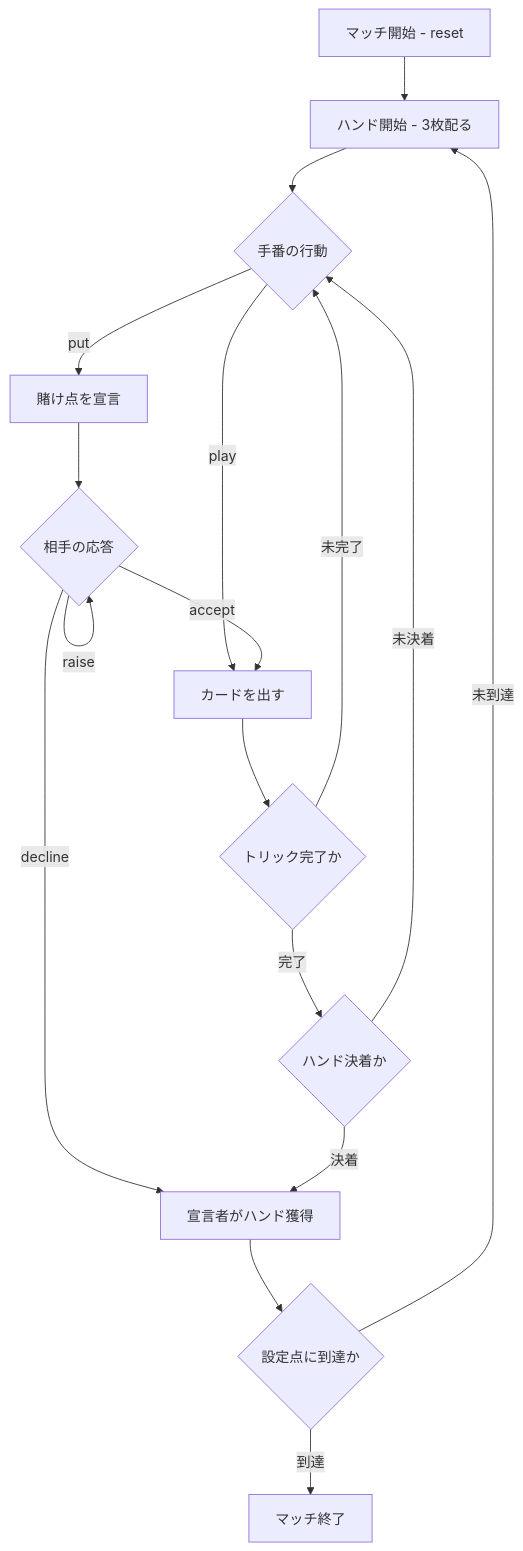
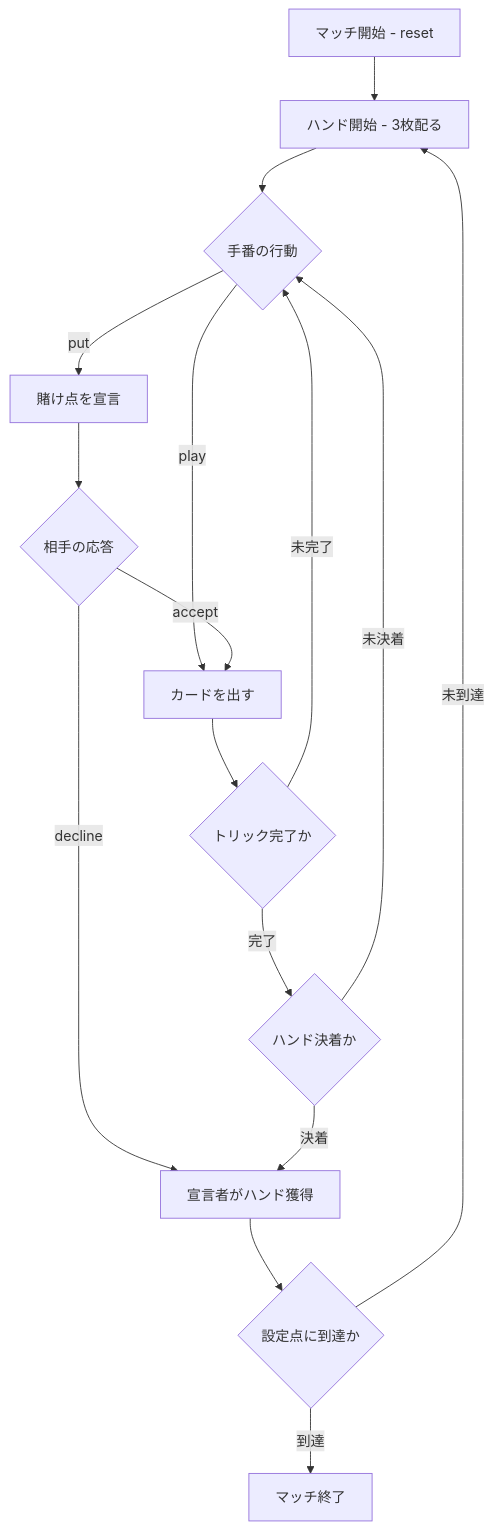
The diagram in docs/manual/cui/put.md (yuta-yoshinaga/go_trumpcards), drawn with Mermaid before and after one commit. The commit also changed other lines of this file and 7 other files, not shown here.

````diff
--- a/docs/manual/cui/put.md
+++ b/docs/manual/cui/put.md
@@ -53,19 +53,18 @@
 ```mermaid
 flowchart TD
     A[マッチ開始 - reset] --> B[ハンド開始 - 3枚配る]
     B --> C{手番の行動}
     C -->|play| D[カードを出す]
     C -->|put| E[賭け点を宣言]
     E --> F{相手の応答}
     F -->|accept| D
     F -->|decline| H[宣言者がハンド獲得]
-    F -->|raise| F
     D --> G{トリック完了か}
     G -->|未完了| C
     G -->|完了| I{ハンド決着か}
     I -->|未決着| C
     I -->|決着| H
     H --> J{設定点に到達か}
     J -->|未到達| B
     J -->|到達| K[マッチ終了]
 ```
````
